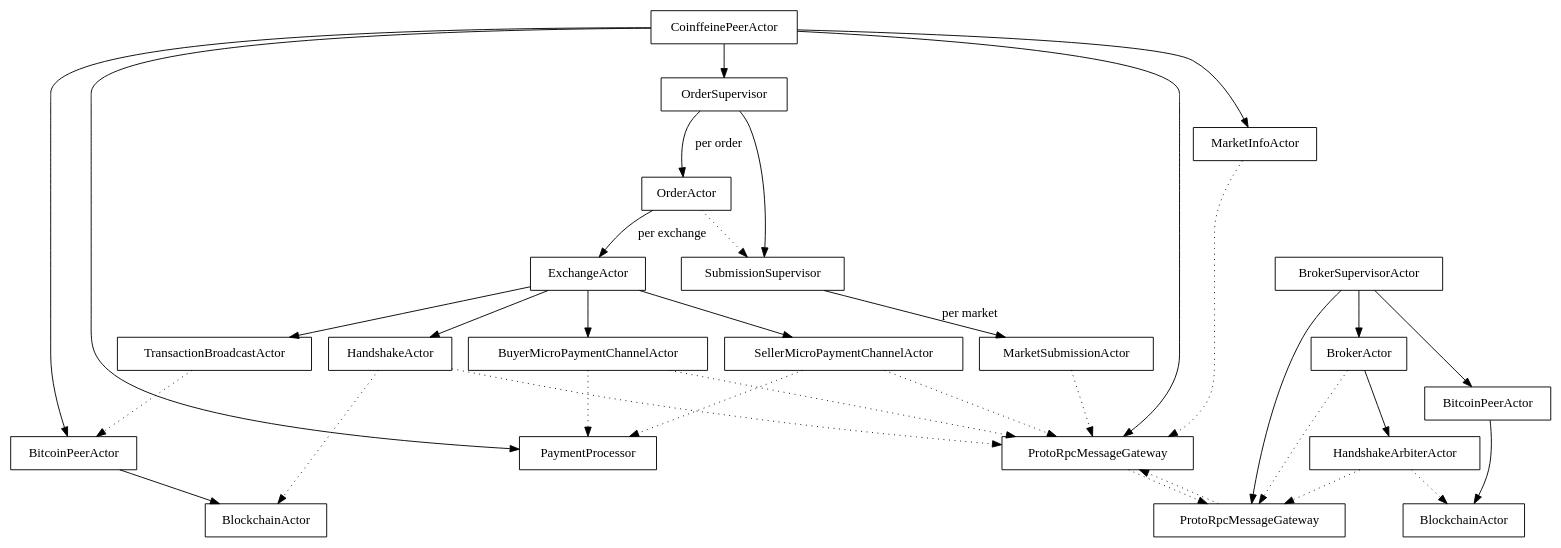
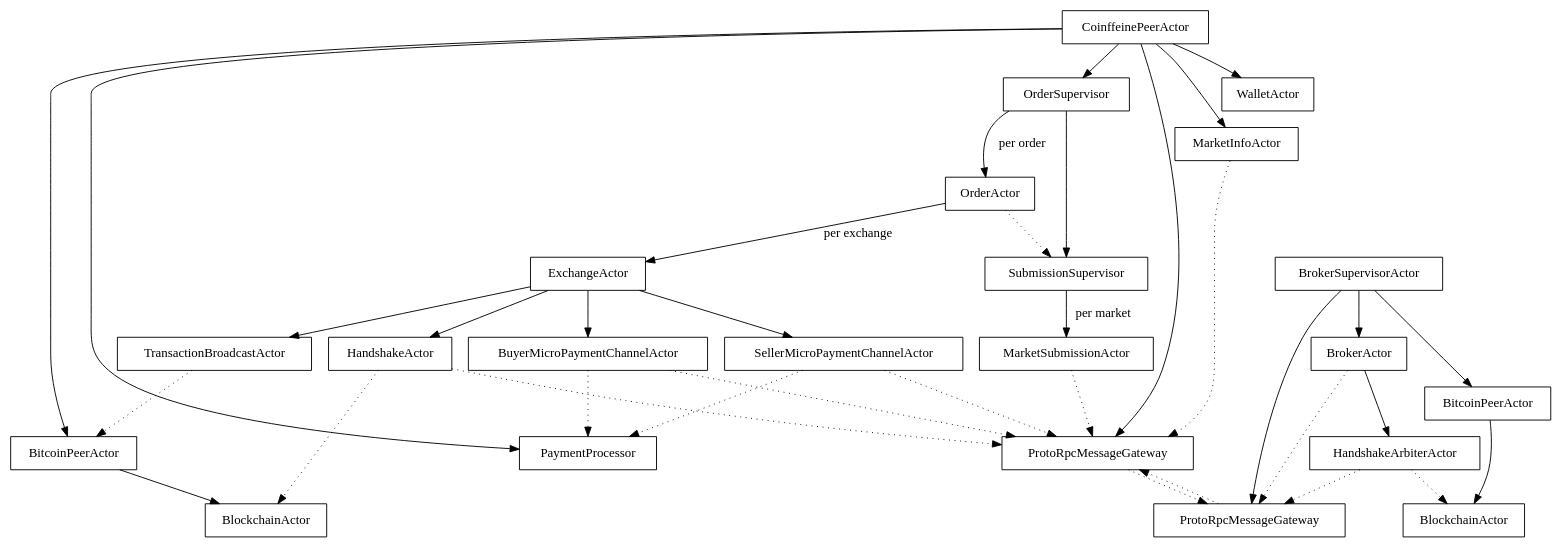
The diagram in doc/graphviz/actor-supervision.dot (Gutalean/coinffeine), drawn with Graphviz before and after one commit.

Commit message:
Add WalletActor to the supervision diagram

```diff
--- a/doc/graphviz/actor-supervision.dot
+++ b/doc/graphviz/actor-supervision.dot
@@ -1,49 +1,49 @@
 digraph {
 	node[shape=rectangle];
 
 	ProtoRpcMessageGateway1[label="ProtoRpcMessageGateway"];
 	ProtoRpcMessageGateway2[label="ProtoRpcMessageGateway"];
 	ProtoRpcMessageGateway1 -> ProtoRpcMessageGateway2 [style=dotted];
 	ProtoRpcMessageGateway2 -> ProtoRpcMessageGateway1 [style=dotted];
 
 	BitcoinPeerActor1[label="BitcoinPeerActor"];
 	BlockchainActor1[label="BlockchainActor"];
 	BitcoinPeerActor1 -> BlockchainActor1;
 	BitcoinPeerActor2[label="BitcoinPeerActor"];
 	BlockchainActor2[label="BlockchainActor"];
 	BitcoinPeerActor2 -> BlockchainActor2;
 
 	#############################################################
 	# Client side
 	CoinffeinePeerActor -> ProtoRpcMessageGateway1, OrderSupervisor,
-                               BitcoinPeerActor1, PaymentProcessor;
+                               BitcoinPeerActor1, PaymentProcessor, WalletActor;
 	CoinffeinePeerActor -> MarketInfoActor;
 
 	MarketInfoActor -> ProtoRpcMessageGateway1[style=dotted];
 	OrderSupervisor -> SubmissionSupervisor;
 	SubmissionSupervisor -> MarketSubmissionActor[label="per market"];
-    OrderSupervisor -> OrderActor[label="per order"];
+	OrderSupervisor -> OrderActor[label="per order"];
 	OrderActor -> ExchangeActor [label="per exchange"];
 	MarketSubmissionActor -> ProtoRpcMessageGateway1[style=dotted];
 	OrderActor -> SubmissionSupervisor [style=dotted];
 
 	# Client exchange
 	ExchangeActor -> HandshakeActor, 
 		         BuyerMicroPaymentChannelActor, 
 		         SellerMicroPaymentChannelActor, 
 			 TransactionBroadcastActor;
 	HandshakeActor -> ProtoRpcMessageGateway1, BlockchainActor1 [style=dotted];
 	TransactionBroadcastActor -> BitcoinPeerActor1 [style=dotted];
 	BuyerMicroPaymentChannelActor -> ProtoRpcMessageGateway1, PaymentProcessor [style=dotted];
 	SellerMicroPaymentChannelActor -> ProtoRpcMessageGateway1, PaymentProcessor [style=dotted];
 
 
 	#############################################################
 	# Server side
 	BrokerSupervisorActor -> BrokerActor, ProtoRpcMessageGateway2,
  			         BitcoinPeerActor2;
 	BrokerActor -> ProtoRpcMessageGateway2[style=dotted];
 	BrokerActor -> HandshakeArbiterActor;
 	HandshakeArbiterActor -> ProtoRpcMessageGateway2[style=dotted];
 	HandshakeArbiterActor -> BlockchainActor2[style=dotted];
 }
```
